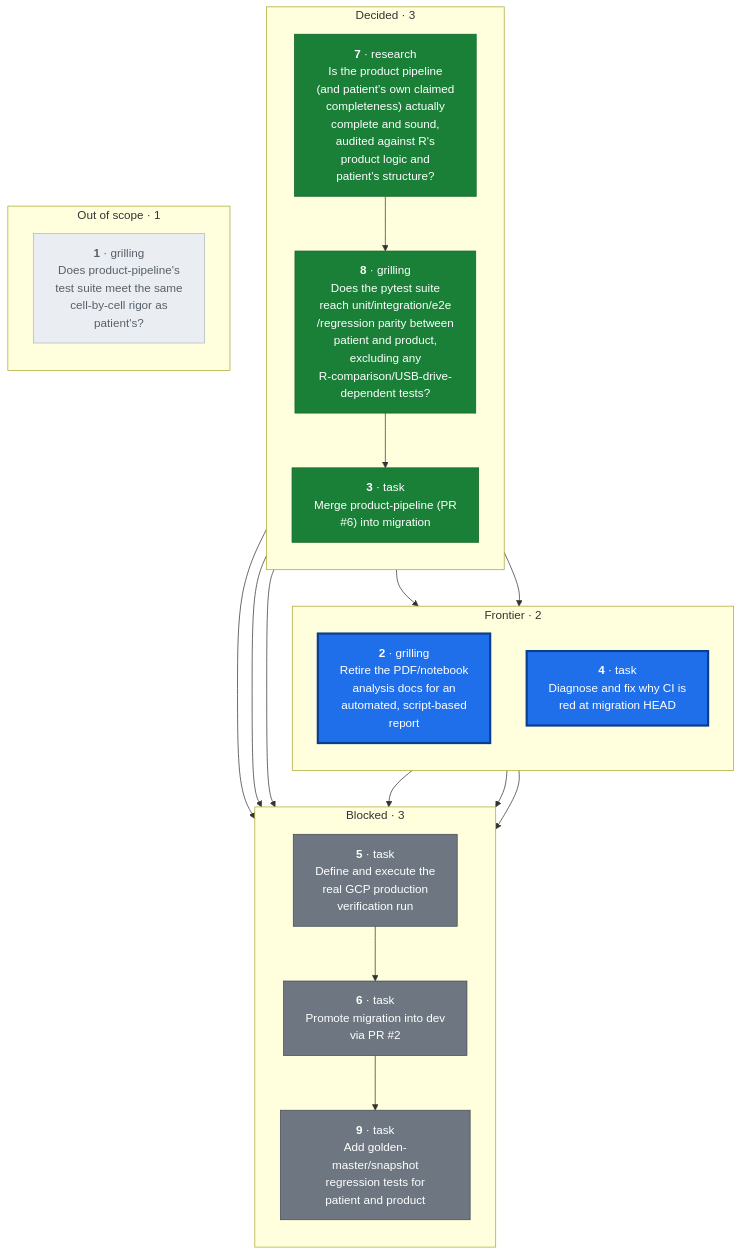
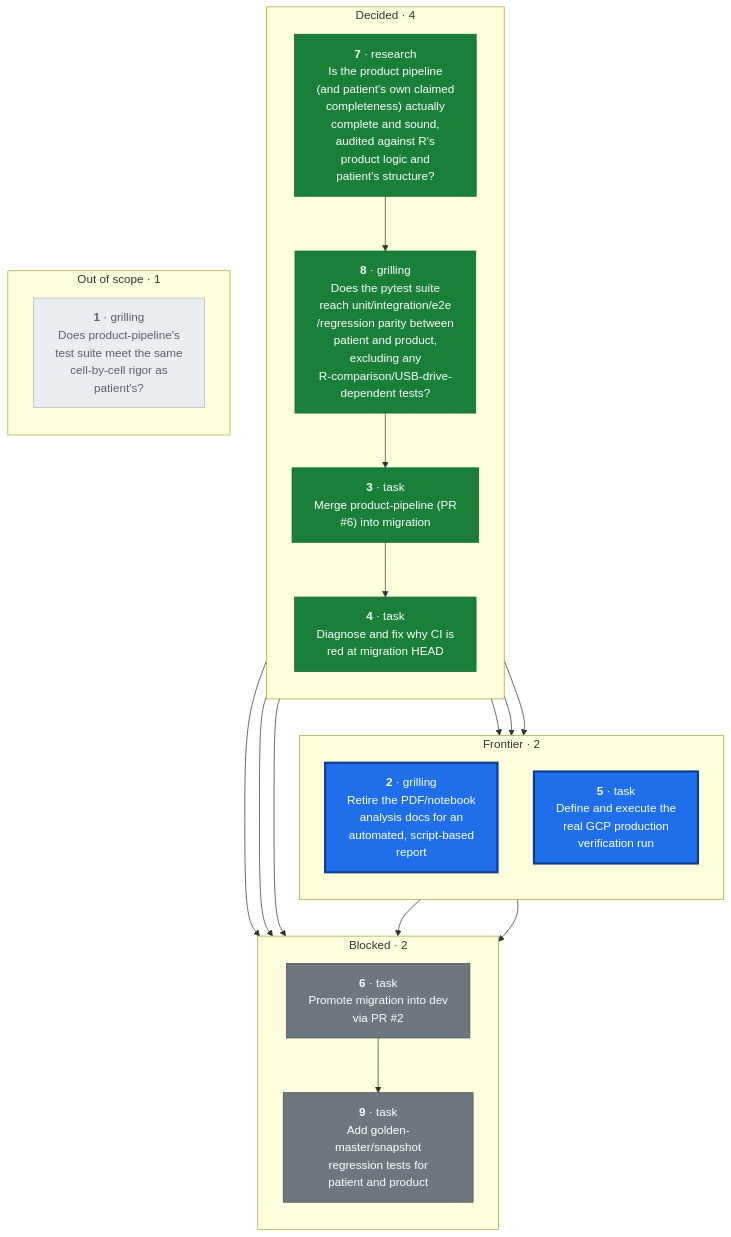
One commit to CorrelAid/a4d changed the first of 2 diagrams in docs/wayfinder/map.md. Above: the diagram before and after it, drawn with Mermaid. The commit also changed other lines of this file and 5 other files, not shown here.

````diff
--- a/docs/wayfinder/map.md
+++ b/docs/wayfinder/map.md
@@ -23,46 +23,46 @@
 ```mermaid
 flowchart TD
   subgraph FRONTIER["Frontier · 2"]
     direction TB
     T2["<b>2</b> · grilling<br/>Retire the PDF/notebook<br/>analysis docs for an<br/>automated, script-based<br/>report"]
-    T4["<b>4</b> · task<br/>Diagnose and fix why CI is<br/>red at migration HEAD"]
+    T5["<b>5</b> · task<br/>Define and execute the<br/>real GCP production<br/>verification run"]
   end
-  subgraph BLOCKED["Blocked · 3"]
+  subgraph BLOCKED["Blocked · 2"]
     direction TB
-    T5["<b>5</b> · task<br/>Define and execute the<br/>real GCP production<br/>verification run"]
     T6["<b>6</b> · task<br/>Promote migration into dev<br/>via PR #2"]
     T9["<b>9</b> · task<br/>Add golden-master/snapshot<br/>regression tests for<br/>patient and product"]
   end
-  subgraph DECIDED["Decided · 3"]
+  subgraph DECIDED["Decided · 4"]
     direction TB
     T3["<b>3</b> · task<br/>Merge product-pipeline (PR<br/>#6) into migration"]
+    T4["<b>4</b> · task<br/>Diagnose and fix why CI is<br/>red at migration HEAD"]
     T7["<b>7</b> · research<br/>Is the product pipeline<br/>(and patient's own claimed<br/>completeness) actually<br/>complete and sound,<br/>audited against R's<br/>product logic and<br/>patient's structure?"]
     T8["<b>8</b> · grilling<br/>Does the pytest suite<br/>reach unit/integration/e2e<br/>/regression parity between<br/>patient and product,<br/>excluding any<br/>R-comparison/USB-drive-<br/>dependent tests?"]
   end
   subgraph DROPPED["Out of scope · 1"]
     direction TB
     T1["<b>1</b> · grilling<br/>Does product-pipeline's<br/>test suite meet the same<br/>cell-by-cell rigor as<br/>patient's?"]
   end
 
   T2 --> T6
   T3 --> T2
   T3 --> T4
   T3 --> T5
   T3 --> T6
   T4 --> T5
   T4 --> T6
   T5 --> T6
   T6 --> T9
   T7 --> T8
   T8 --> T3
   T8 --> T6
 
   classDef frontier fill:#1f6feb,stroke:#0b3d91,stroke-width:3px,color:#ffffff
-  class T2,T4 frontier
+  class T2,T5 frontier
   classDef blocked fill:#6e7781,stroke:#424a53,stroke-width:1px,color:#ffffff
-  class T5,T6,T9 blocked
+  class T6,T9 blocked
   classDef decided fill:#1a7f37,stroke:#116329,stroke-width:1px,color:#ffffff
-  class T3,T7,T8 decided
+  class T3,T4,T7,T8 decided
   classDef dropped fill:#eaeef2,stroke:#afb8c1,stroke-width:1px,color:#57606a
   class T1 dropped
 ```
````
